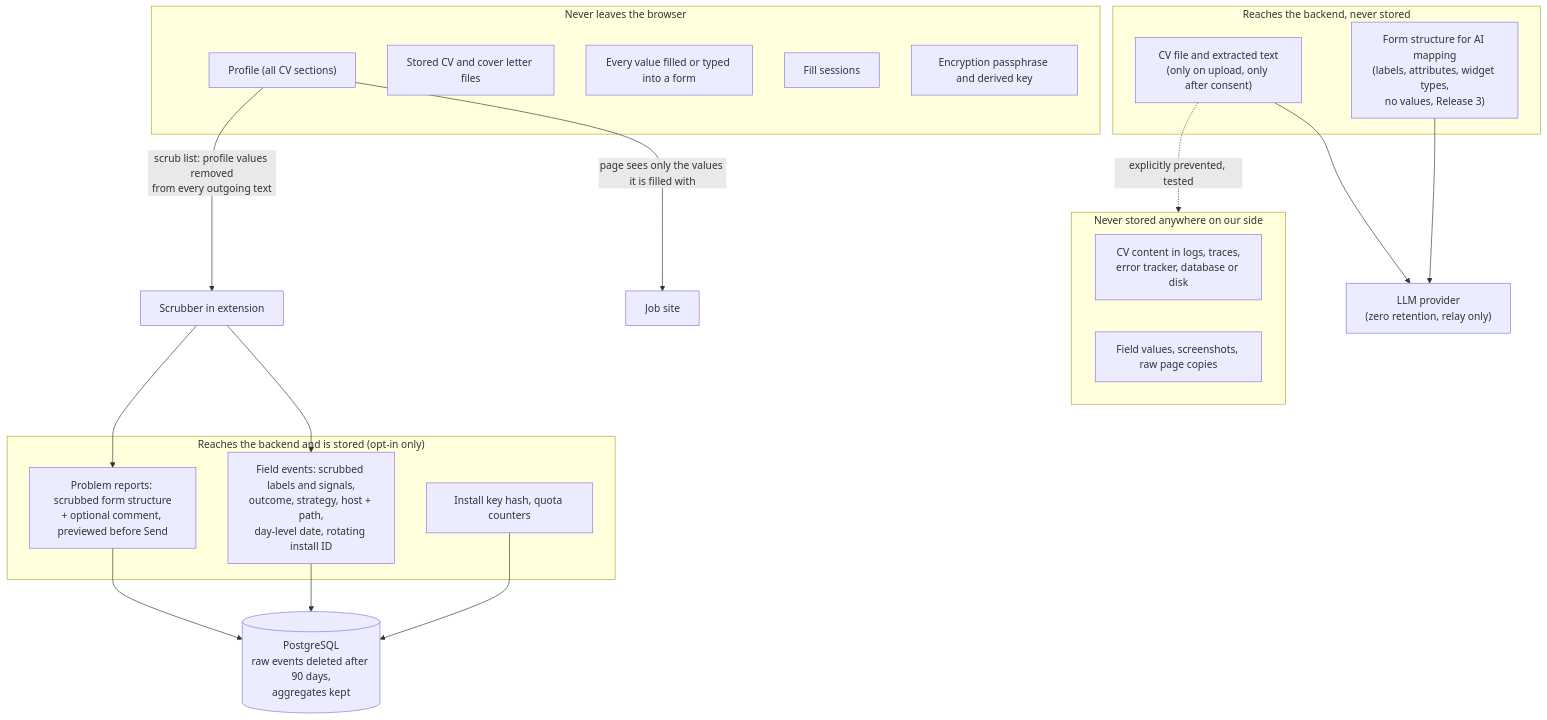
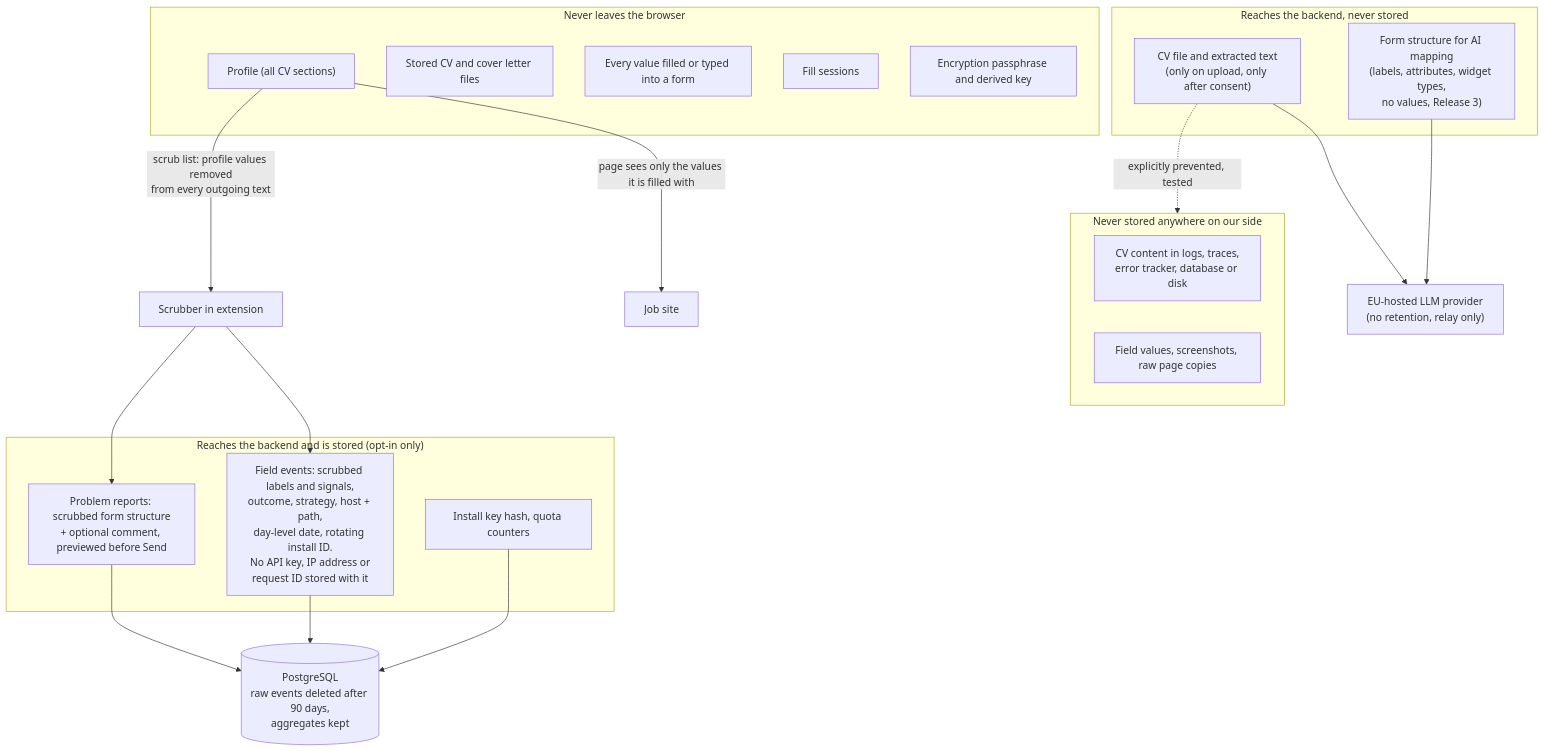
Before and after one commit to mustaphi-dev/cv-autofill: the sixth of 6 diagrams in docs/architecture.md, drawn with Mermaid. The commit also changed other lines of this file and 3 other files, not shown here.

````diff
--- a/docs/architecture.md
+++ b/docs/architecture.md
@@ -218,37 +247,37 @@
 ```mermaid
 flowchart TB
     subgraph local["Never leaves the browser"]
         profile["Profile (all CV sections)"]
         files["Stored CV and cover letter files"]
         values["Every value filled or typed into a form"]
         session["Fill sessions"]
         passkey["Encryption passphrase and derived key"]
     end
 
     subgraph transient["Reaches the backend, never stored"]
         cvparse["CV file and extracted text<br/>(only on upload, only after consent)"]
         formstruct["Form structure for AI mapping<br/>(labels, attributes, widget types,<br/>no values, Release 3)"]
     end
 
     subgraph stored["Reaches the backend and is stored (opt-in only)"]
-        events["Field events: scrubbed labels and signals,<br/>outcome, strategy, host + path,<br/>day-level date, rotating install ID"]
+        events["Field events: scrubbed labels and signals,<br/>outcome, strategy, host + path,<br/>day-level date, rotating install ID.<br/>No API key, IP address or<br/>request ID stored with it"]
         reports["Problem reports: scrubbed form structure<br/>+ optional comment, previewed before Send"]
         keys["Install key hash, quota counters"]
     end
 
     subgraph never["Never stored anywhere on our side"]
         nolog["CV content in logs, traces,<br/>error tracker, database or disk"]
         noval["Field values, screenshots, raw page copies"]
     end
 
     profile -->|"page sees only the values it is filled with"| page["Job site"]
     profile -->|"scrub list: profile values removed<br/>from every outgoing text"| scrub["Scrubber in extension"]
     scrub --> events
     scrub --> reports
-    cvparse --> llmp["LLM provider<br/>(zero retention, relay only)"]
+    cvparse --> llmp["EU-hosted LLM provider<br/>(no retention, relay only)"]
     formstruct --> llmp
     events --> pg[("PostgreSQL<br/>raw events deleted after 90 days,<br/>aggregates kept")]
     reports --> pg
     keys --> pg
     cvparse -. "explicitly prevented, tested" .-> never
 ```
````
